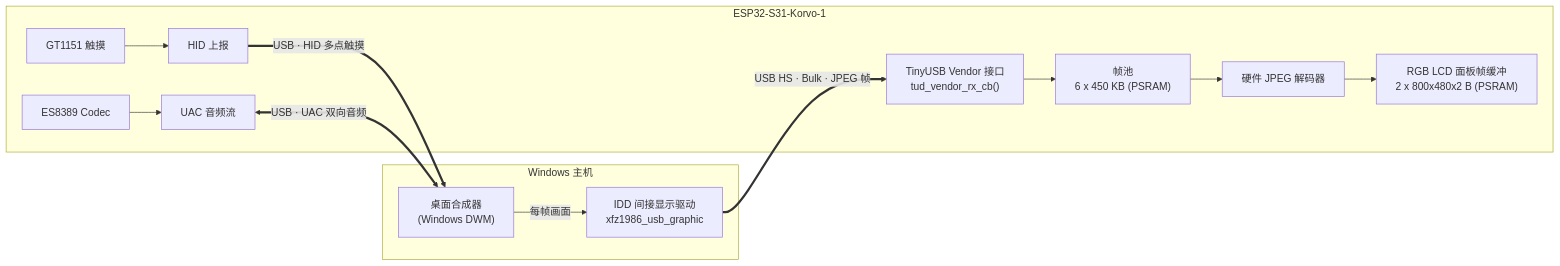
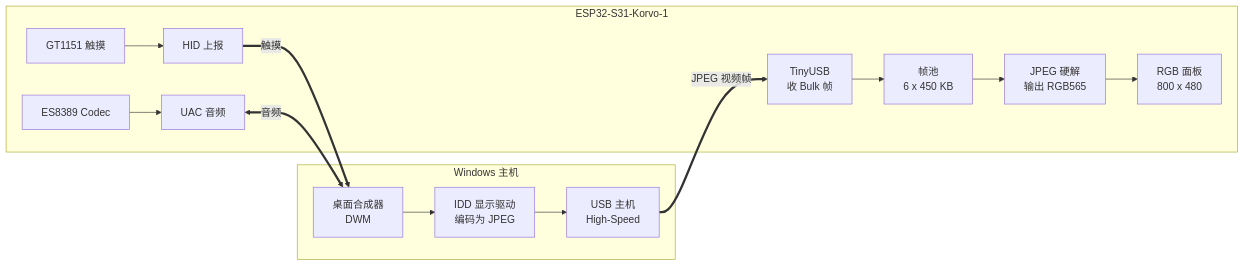
Before and after one commit to xkk6663/uext_screen: the diagram in README.md, drawn with Mermaid. The commit also changed other lines of this file and 5 other files, not shown here.

````diff
--- a/README.md
+++ b/README.md
@@ -65,24 +45,14 @@
 ```mermaid
 flowchart LR
     subgraph PC["Windows 主机"]
-        A["桌面合成器<br/>(Windows DWM)"]
-        B["IDD 间接显示驱动<br/>xfz1986_usb_graphic"]
-        A -->|每帧画面| B
+        A["桌面合成器<br/>DWM"] --> B["IDD 显示驱动<br/>编码为 JPEG"] --> C["USB 主机<br/>High-Speed"]
     end
-
     subgraph DEV["ESP32-S31-Korvo-1"]
-        C["TinyUSB Vendor 接口<br/>tud_vendor_rx_cb()"]
-        D["帧池<br/>6 x 450 KB (PSRAM)"]
-        E["硬件 JPEG 解码器"]
-        F["RGB LCD 面板帧缓冲<br/>2 x 800x480x2 B (PSRAM)"]
-        G["GT1151 触摸"]
-        H["ES8389 Codec"]
-        C --> D --> E --> F
-        G --> I["HID 上报"]
-        H --> J["UAC 音频流"]
+        D["TinyUSB<br/>收 Bulk 帧"] --> E["帧池<br/>6 x 450 KB"] --> F["JPEG 硬解<br/>输出 RGB565"] --> G["RGB 面板<br/>800 x 480"]
+        H["GT1151 触摸"] --> I["HID 上报"]
+        J["ES8389 Codec"] --> K["UAC 音频"]
     end
-
-    B ==>|"USB HS · Bulk · JPEG 帧"| C
-    I ==>|"USB · HID 多点触摸"| A
-    J <==>|"USB · UAC 双向音频"| A
+    C ==>|"JPEG 视频帧"| D
+    I ==>|"触摸"| A
+    K <==>|"音频"| A
 ```
````
